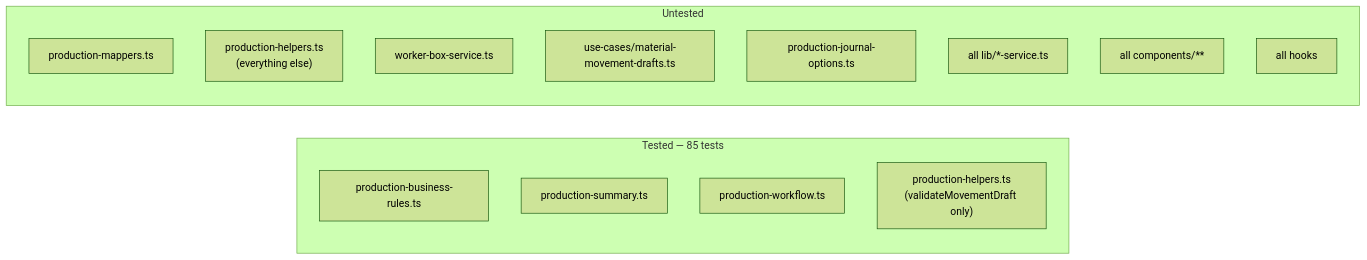
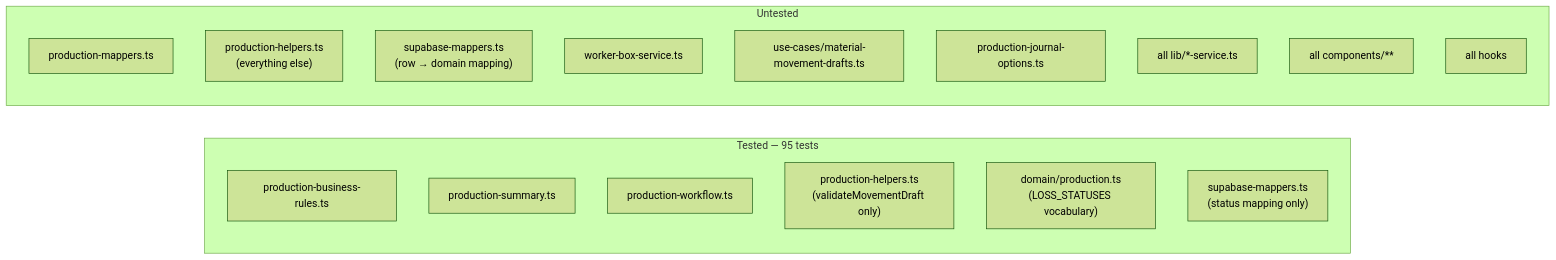
Before and after one commit to trongduy-jpg/qlkt-k2: the diagram in docs/10-testing.md, drawn with Mermaid (forest theme). The commit also changed other lines of this file and 27 other files, not shown here.

Commit message:
refactor: introduce loss status union

````diff
--- a/docs/10-testing.md
+++ b/docs/10-testing.md
@@ -55,19 +55,22 @@
 ```mermaid
 flowchart LR
-    subgraph T["Tested — 85 tests"]
+    subgraph T["Tested — 95 tests"]
         A["production-business-rules.ts"]
         B["production-summary.ts"]
         C["production-workflow.ts"]
         E2["production-helpers.ts<br/>(validateMovementDraft only)"]
+        E3["domain/production.ts<br/>(LOSS_STATUSES vocabulary)"]
+        E4["supabase-mappers.ts<br/>(status mapping only)"]
     end
     subgraph U["Untested"]
         D["production-mappers.ts"]
         E["production-helpers.ts<br/>(everything else)"]
+        E5["supabase-mappers.ts<br/>(row → domain mapping)"]
         F["worker-box-service.ts"]
         G["use-cases/material-movement-drafts.ts"]
         H["production-journal-options.ts"]
         I["all lib/*-service.ts"]
         J["all components/**"]
         K["all hooks"]
     end
 ```
````
